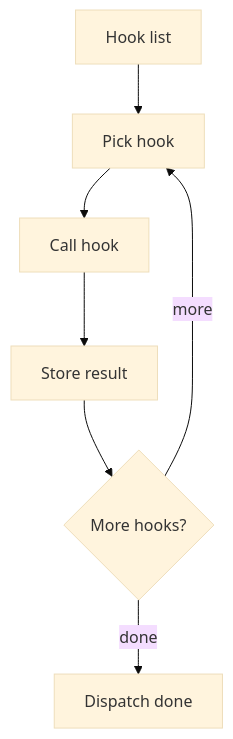
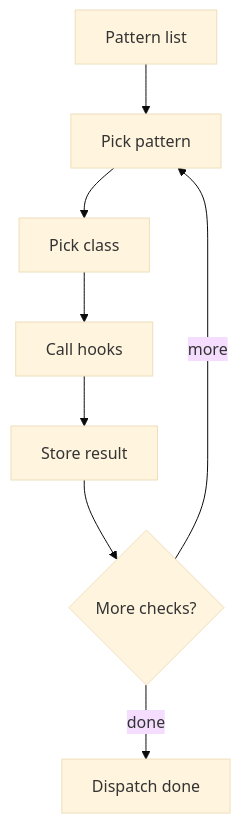
The second of 3 diagrams in docs/Codebase/Microservice/Modules/Source/Analysis/Patterns/Middleman/Dispatcher/pattern_hook_dispatcher.cpp.md (JohnAndrewBalbarosa/NeoTerritory), drawn with Mermaid (base theme) before and after one commit. The commit also changed other lines of this file and 182 other files, not shown here.

````diff
--- a/docs/Codebase/Microservice/Modules/Source/Analysis/Patterns/Middleman/Dispatcher/pattern_hook_dispatcher.cpp.md
+++ b/docs/Codebase/Microservice/Modules/Source/Analysis/Patterns/Middleman/Dispatcher/pattern_hook_dispatcher.cpp.md
@@ -29,15 +33,17 @@
 ```mermaid
 flowchart TD
-    Start["Hook list"]
-    N0["Pick hook"]
-    N1["Call hook"]
-    N2["Store result"]
-    L2{"More hooks?"}
+    Start["Pattern list"]
+    N0["Pick pattern"]
+    N1["Pick class"]
+    N2["Call hooks"]
+    N3["Store result"]
+    L3{"More checks?"}
     End["Dispatch done"]
     Start --> N0
     N0 --> N1
     N1 --> N2
-    N2 --> L2
-    L2 -->|more| N0
-    L2 -->|done| End
+    N2 --> N3
+    N3 --> L3
+    L3 -->|more| N0
+    L3 -->|done| End
 ```
````
